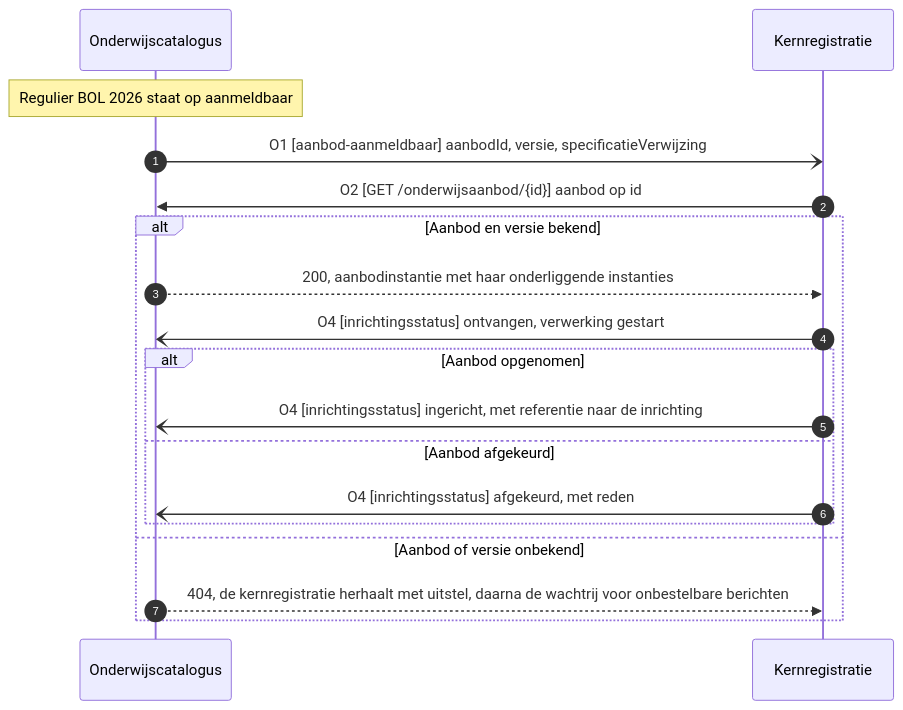
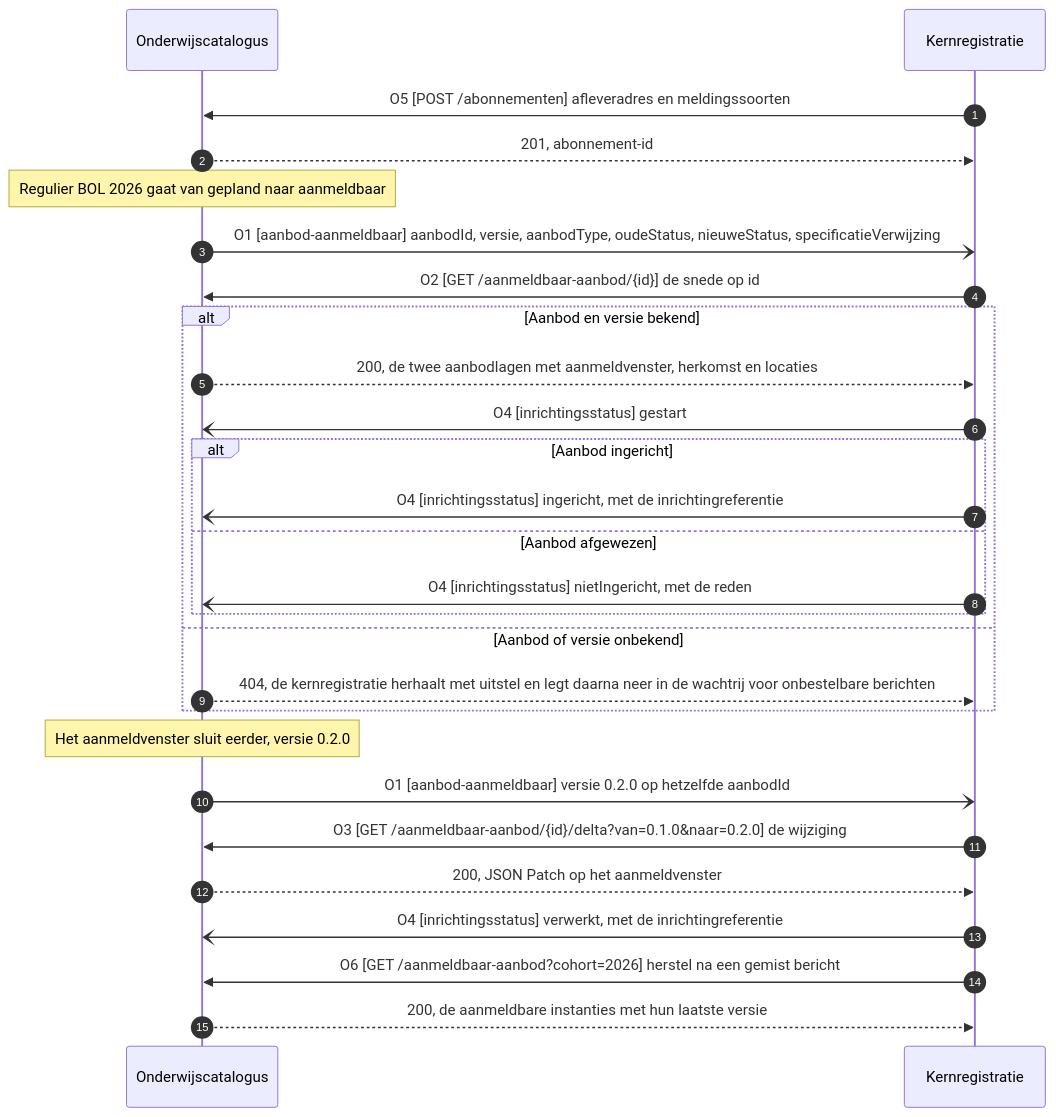
The diagram in architecture/docs/specificatie/interactie-onderwijsaanbod/stroom-is-oa-05.md (Npuls-OKx/meta), drawn with Mermaid before and after one commit. The commit also changed other lines of this file and 23 other files, not shown here.

````diff
--- a/architecture/docs/specificatie/interactie-onderwijsaanbod/stroom-is-oa-05.md
+++ b/architecture/docs/specificatie/interactie-onderwijsaanbod/stroom-is-oa-05.md
@@ -23,20 +46,29 @@
 ```mermaid
 sequenceDiagram
     autonumber
     participant OC as Onderwijscatalogus
     participant KRS as Kernregistratie
-    Note over OC: Regulier BOL 2026 staat op aanmeldbaar
-    OC-)KRS: O1 [aanbod-aanmeldbaar] aanbodId, versie, specificatieVerwijzing
-    KRS->>OC: O2 [GET /onderwijsaanbod/{id}] aanbod op id
+    KRS->>OC: O5 [POST /abonnementen] afleveradres en meldingssoorten
+    OC-->>KRS: 201, abonnement-id
+    Note over OC: Regulier BOL 2026 gaat van gepland naar aanmeldbaar
+    OC-)KRS: O1 [aanbod-aanmeldbaar] aanbodId, versie, aanbodType, oudeStatus, nieuweStatus, specificatieVerwijzing
+    KRS->>OC: O2 [GET /aanmeldbaar-aanbod/{id}] de snede op id
     alt Aanbod en versie bekend
-        OC-->>KRS: 200, aanbodinstantie met haar onderliggende instanties
-        KRS-)OC: O4 [inrichtingsstatus] ontvangen, verwerking gestart
-        alt Aanbod opgenomen
-            KRS-)OC: O4 [inrichtingsstatus] ingericht, met referentie naar de inrichting
-        else Aanbod afgekeurd
-            KRS-)OC: O4 [inrichtingsstatus] afgekeurd, met reden
+        OC-->>KRS: 200, de twee aanbodlagen met aanmeldvenster, herkomst en locaties
+        KRS-)OC: O4 [inrichtingsstatus] gestart
+        alt Aanbod ingericht
+            KRS-)OC: O4 [inrichtingsstatus] ingericht, met de inrichtingreferentie
+        else Aanbod afgewezen
+            KRS-)OC: O4 [inrichtingsstatus] nietIngericht, met de reden
         end
     else Aanbod of versie onbekend
-        OC-->>KRS: 404, de kernregistratie herhaalt met uitstel, daarna de wachtrij voor onbestelbare berichten
+        OC-->>KRS: 404, de kernregistratie herhaalt met uitstel en legt daarna neer in de wachtrij voor onbestelbare berichten
     end
+    Note over OC: Het aanmeldvenster sluit eerder, versie 0.2.0
+    OC-)KRS: O1 [aanbod-aanmeldbaar] versie 0.2.0 op hetzelfde aanbodId
+    KRS->>OC: O3 [GET /aanmeldbaar-aanbod/{id}/delta?van=0.1.0&naar=0.2.0] de wijziging
+    OC-->>KRS: 200, JSON Patch op het aanmeldvenster
+    KRS-)OC: O4 [inrichtingsstatus] verwerkt, met de inrichtingreferentie
+    KRS->>OC: O6 [GET /aanmeldbaar-aanbod?cohort=2026] herstel na een gemist bericht
+    OC-->>KRS: 200, de aanmeldbare instanties met hun laatste versie
 ```
````
